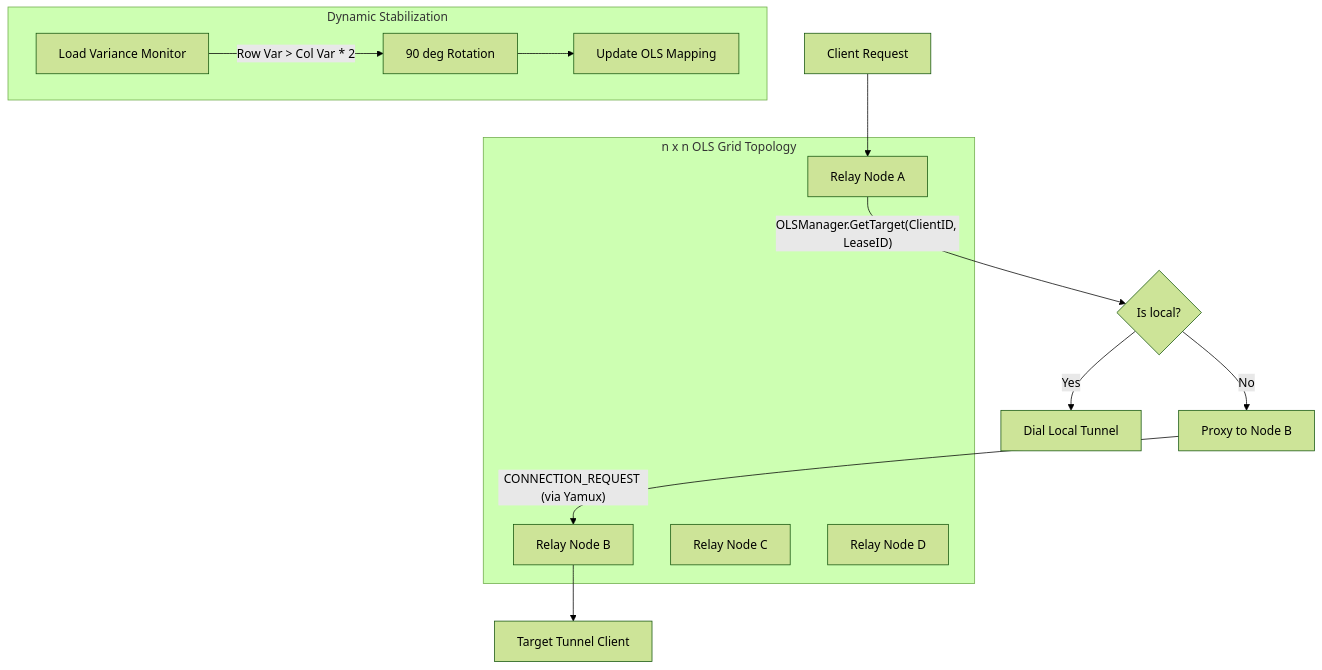
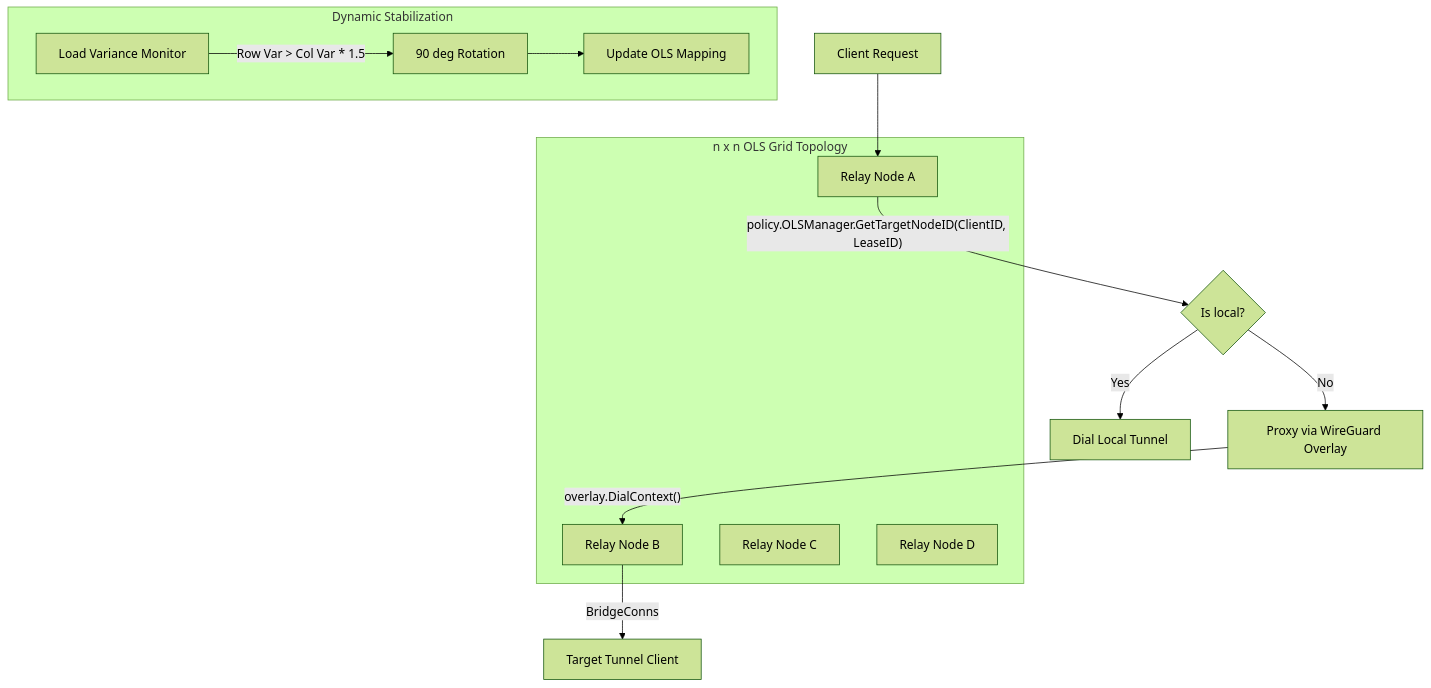
The diagram in docs/ols-load-balancing.md (gosuda/portal), drawn with Mermaid (forest theme) before and after one commit. The commit also changed other lines of this file and 3 other files, not shown here.

````diff
--- a/docs/ols-load-balancing.md
+++ b/docs/ols-load-balancing.md
@@ -30,24 +30,24 @@
 ```mermaid
 graph TD
     Client[Client Request] --> NodeA[Relay Node A]
     
     subgraph OLS_Grid [n x n OLS Grid Topology]
         NodeA
         NodeB[Relay Node B]
         NodeC[Relay Node C]
         NodeD[Relay Node D]
     end
 
-    NodeA -- "OLSManager.GetTarget(ClientID, LeaseID)" --> TargetInfo{Is local?}
-    TargetInfo -- Yes --> LocalDial[Dial Local Tunnel]
-    TargetInfo -- No --> Proxy[Proxy to Node B]
+    NodeA -- "policy.OLSManager.GetTargetNodeID(ClientID, LeaseID)" --> TargetID{Is local?}
+    TargetID -- Yes --> LocalDial[Dial Local Tunnel]
+    TargetID -- No --> Proxy[Proxy via WireGuard Overlay]
     
-    Proxy -- "CONNECTION_REQUEST (via Yamux)" --> NodeB
-    NodeB --> Tunnel[Target Tunnel Client]
+    Proxy -- "overlay.DialContext()" --> NodeB
+    NodeB -- "BridgeConns" --> Tunnel[Target Tunnel Client]
 
     subgraph LoadBalancer [Dynamic Stabilization]
         direction LR
-        LoadMonitor[Load Variance Monitor] --> |"Row Var > Col Var * 2"| Rotation[90 deg Rotation]
+        LoadMonitor[Load Variance Monitor] --> |"Row Var > Col Var * 1.5"| Rotation[90 deg Rotation]
         Rotation --> UpdateRoutes[Update OLS Mapping]
     end
 ```
````
